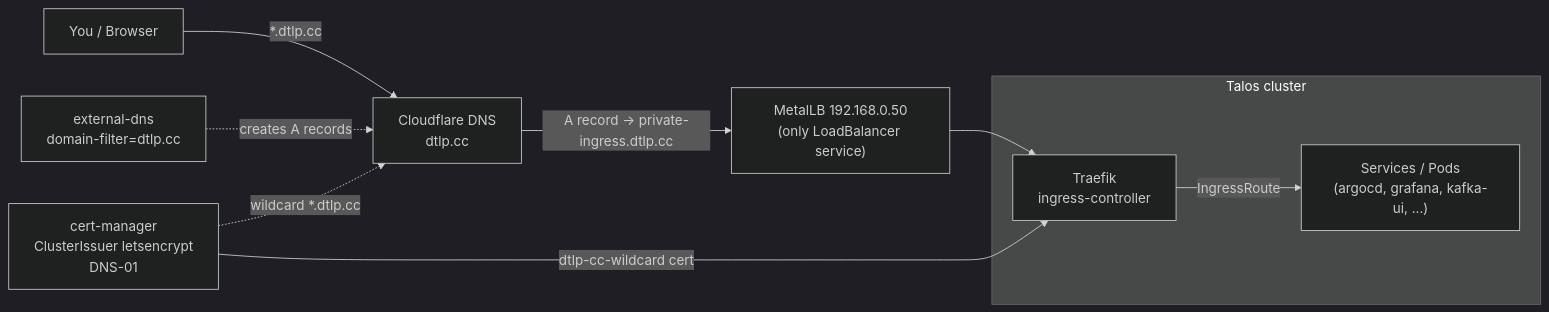
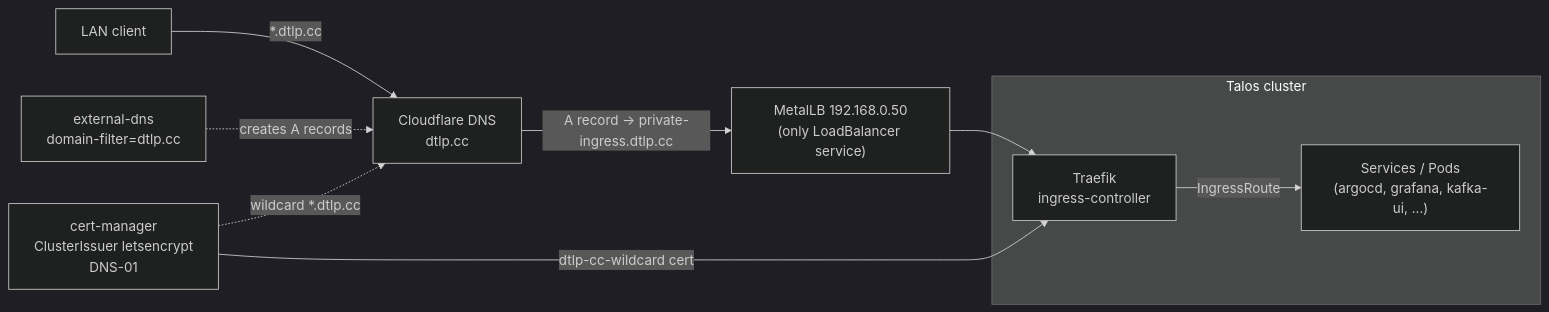
One commit to DTLP/homelab changed the second of 5 diagrams in docs/architecture.md. Above: the diagram before and after it, drawn with Mermaid (dark theme). The commit also changed other lines of this file and 8 other files, not shown here.

````diff
--- a/docs/architecture.md
+++ b/docs/architecture.md
@@ -51,17 +61,17 @@
 ```mermaid
 flowchart LR
-    User["You / Browser"] -->|"*.dtlp.cc"| CF["Cloudflare DNS<br/>dtlp.cc"]
+    User["LAN client"] -->|"*.dtlp.cc"| CF["Cloudflare DNS<br/>dtlp.cc"]
 
     CF -->|"A record → private-ingress.dtlp.cc"| TraefikLB["MetalLB 192.168.0.50<br/>(only LoadBalancer service)"]
 
     subgraph Cluster["Talos cluster"]
         Traefik["Traefik<br/>ingress-controller"]
         Traefik -->|IngressRoute| Svc["Services / Pods<br/>(argocd, grafana, kafka-ui, ...)"]
     end
 
     TraefikLB --> Traefik
 
     ExtDNS["external-dns<br/>domain-filter=dtlp.cc"] -.->|creates A records| CF
     CertMgr["cert-manager<br/>ClusterIssuer letsencrypt<br/>DNS-01"] -.->|wildcard *.dtlp.cc| CF
     CertMgr -->|"dtlp-cc-wildcard cert"| Traefik
 ```
````
